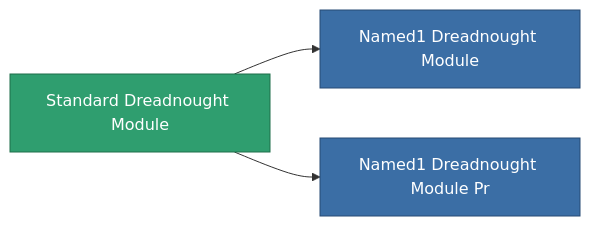
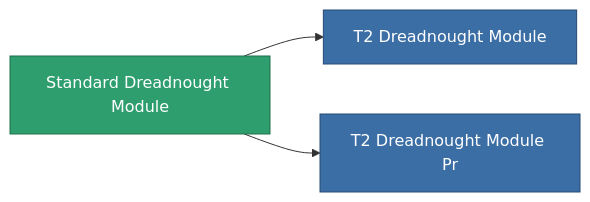
One commit to OpenPerpetuum/Wiki changed the diagram in content/content/items/standard_dreadnought_module.md. Above: the diagram before and after it, drawn with Mermaid. The commit also changed other lines of this file and 4904 other files, not shown here.

````diff
--- a/content/content/items/standard_dreadnought_module.md
+++ b/content/content/items/standard_dreadnought_module.md
@@ -57,13 +49,13 @@
 ```mermaid
 graph LR
     a["Standard Dreadnought Module"]:::current
-    b["Named1 Dreadnought Module"]:::prod
+    b["T2 Dreadnought Module"]:::prod
     a --> b
-    click b "/content/items/named1-dreadnought-module/" "Named1 Dreadnought Module"
-    c["Named1 Dreadnought Module Pr"]:::prod
+    click b "/content/items/named1-dreadnought-module/" "T2 Dreadnought Module"
+    c["T2 Dreadnought Module Pr"]:::prod
     a --> c
-    click c "/content/items/named1-dreadnought-module-pr/" "Named1 Dreadnought Module Pr"
+    click c "/content/items/named1-dreadnought-module-pr/" "T2 Dreadnought Module Pr"
     classDef current fill:#2f9e6f,stroke:#1f6f4a,color:#ffffff
     classDef prod fill:#3b6ea5,stroke:#274a75,color:#ffffff
     classDef more fill:#39445a,stroke:#54658a,color:#d5dbe8
 ```
````
